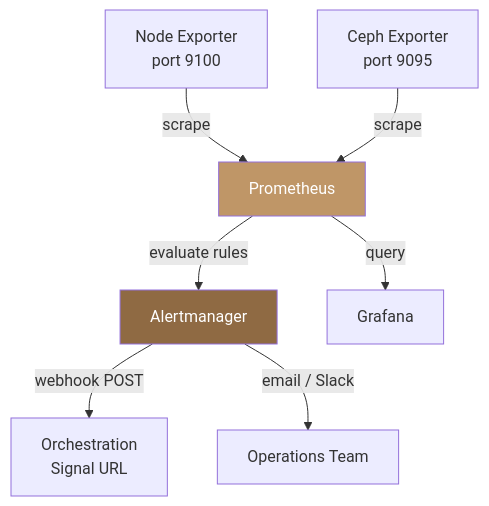
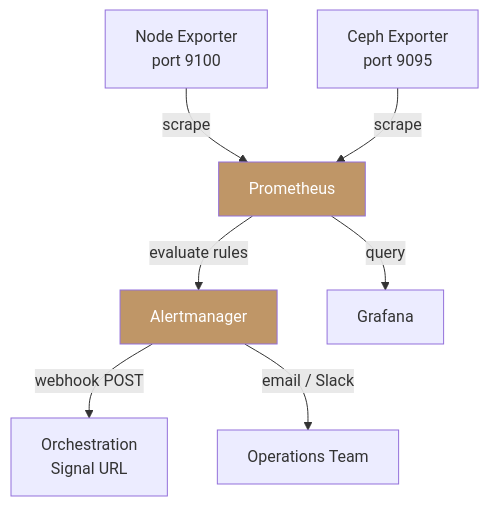
One commit to ankur-kumar87/docs-polystack changed the diagram in integrations/prometheus.mdx. Above: the diagram before and after it, drawn with Mermaid. The commit also changed 186 other files, not shown here.

````diff
--- a/integrations/prometheus.mdx
+++ b/integrations/prometheus.mdx
@@ -30,11 +30,11 @@
 ```mermaid
 graph TD
     NE[Node Exporter<br/>port 9100] -->|scrape| PROM[Prometheus]
     CE[Ceph Exporter<br/>port 9095] -->|scrape| PROM
     PROM -->|evaluate rules| AM[Alertmanager]
     AM -->|webhook POST| SCALE[Orchestration<br/>Signal URL]
     AM -->|email / Slack| OPS[Operations Team]
     PROM -->|query| GF[Grafana]
     style PROM fill:#bf9667,color:#fff
-    style AM fill:#8f6a43,color:#fff
+    style AM fill:#bf9667,color:#fff
 ```
````
